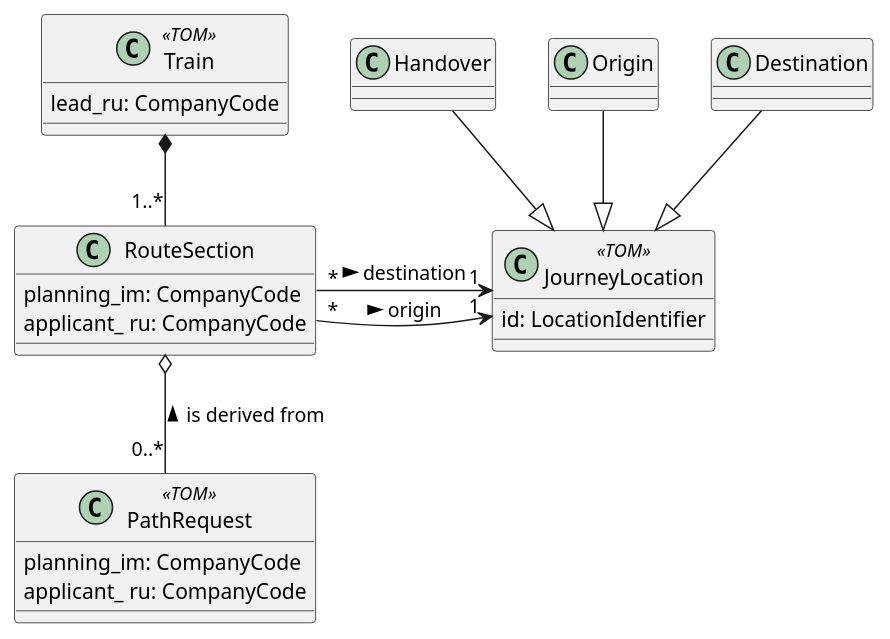
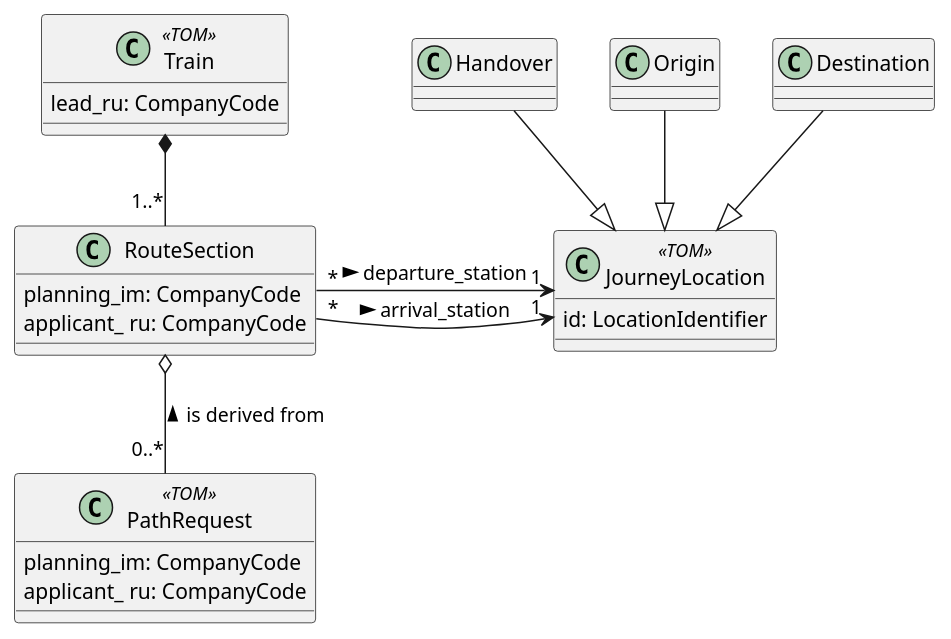
The diagram in docs/uml/tom-overview.puml (monora/tom), drawn with PlantUML before and after one commit. The commit also changed 14 other files, not shown here.

First line of the commit message:
Rename (origin, destination) to (departure_station, arrival_station)

```diff
--- a/docs/uml/tom-overview.puml
+++ b/docs/uml/tom-overview.puml
@@ -1,23 +1,23 @@
 class JourneyLocation <<TOM>> {
     id: LocationIdentifier
 }
 class Train <<TOM>> {
     lead_ru: CompanyCode
 }
 class RouteSection {
     planning_im: CompanyCode
     applicant_ ru: CompanyCode
 }
 Handover --|> JourneyLocation
 Origin --|> JourneyLocation
 Destination --|> JourneyLocation
 
-RouteSection "*" -> "1" JourneyLocation : origin >
-RouteSection "*" -> "1" JourneyLocation : destination >
+RouteSection "*" -> "1" JourneyLocation : departure_station >
+RouteSection "*" -> "1" JourneyLocation : arrival_station >
 Train *-- "1..*" RouteSection
 
 class PathRequest <<TOM>> {
     planning_im: CompanyCode
     applicant_ ru: CompanyCode
 }
 RouteSection o--  "0..*" PathRequest : is derived from <
```
